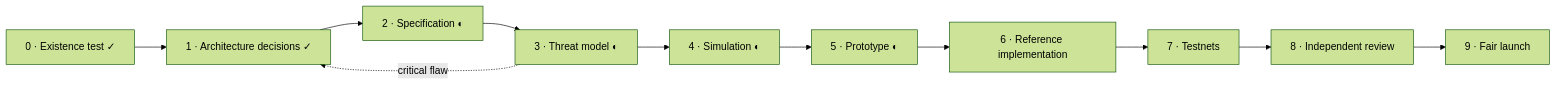
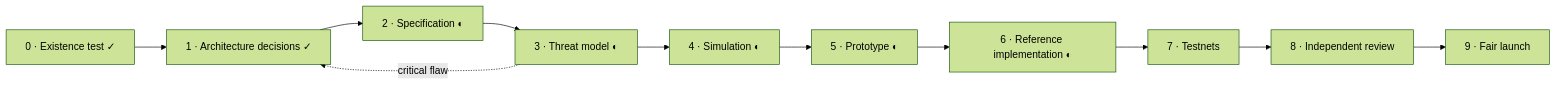
Before and after one commit to IsamuNagai/varve: the diagram in README.md, drawn with Mermaid (forest theme). The commit also changed other lines of this file and 45 other files, not shown here.

````diff
--- a/README.md
+++ b/README.md
@@ -78,14 +78,14 @@
 ```mermaid
 flowchart LR
     P0["0 · Existence test ✓"]
     P0 --> P1["1 · Architecture decisions ✓"]
     P1 --> P2["2 · Specification ◐"]
     P2 --> P3["3 · Threat model ◐"]
     P3 --> P4["4 · Simulation ◐"]
     P4 --> P5["5 · Prototype ◐"]
-    P5 --> P6["6 · Reference implementation"]
+    P5 --> P6["6 · Reference implementation ◐"]
     P6 --> P7["7 · Testnets"]
     P7 --> P8["8 · Independent review"]
     P8 --> P9["9 · Fair launch"]
     P3 -. "critical flaw" .-> P1
 ```
````
